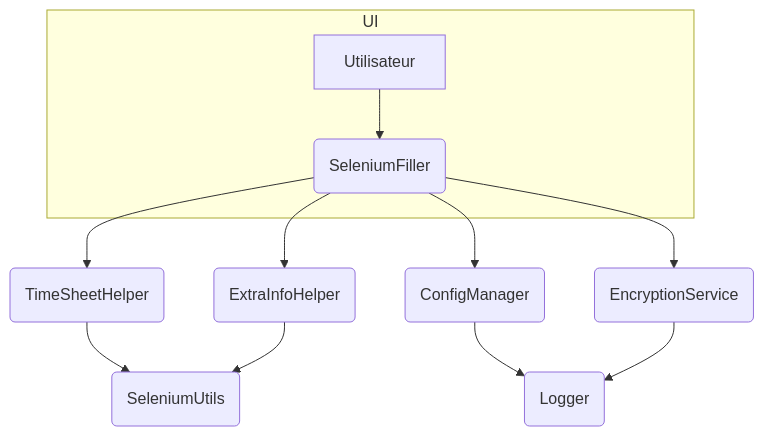
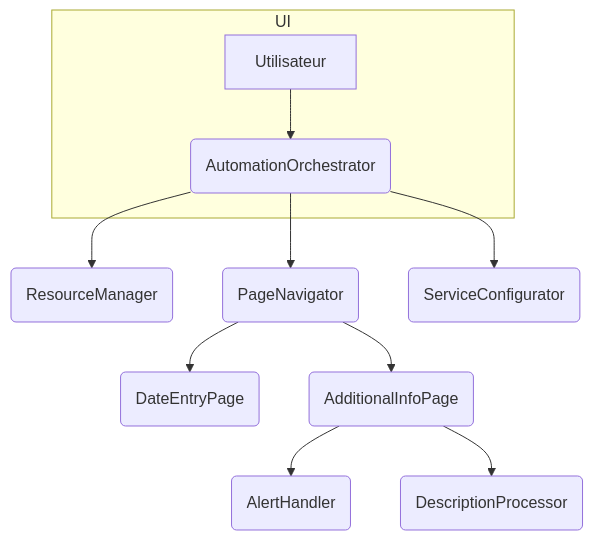
One commit to Fr3doo/sele_saisie_auto changed the diagram in AGENT.md. Above: the diagram before and after it, drawn with Mermaid. The commit also changed other lines of this file and 2 other files, not shown here.

Commit message:
docs: update agent guide with new orchestrator details

````diff
--- a/AGENT.md
+++ b/AGENT.md
@@ -77,14 +121,13 @@
 ```mermaid
 graph TD
   subgraph UI
-    A[Utilisateur] --> B(SeleniumFiller)
+    A[Utilisateur] --> AO(AutomationOrchestrator)
   end
-  B --> C(TimeSheetHelper)
-  B --> D(ExtraInfoHelper)
-  B --> E(ConfigManager)
-  B --> F(EncryptionService)
-  C --> G(SeleniumUtils)
-  D --> G
-  E --> H(Logger)
-  F --> H
+  AO --> RM(ResourceManager)
+  AO --> PN(PageNavigator)
+  AO --> SC(ServiceConfigurator)
+  PN --> DE(DateEntryPage)
+  PN --> AI(AdditionalInfoPage)
+  AI --> AH(AlertHandler)
+  AI --> DP(DescriptionProcessor)
 ```
````
